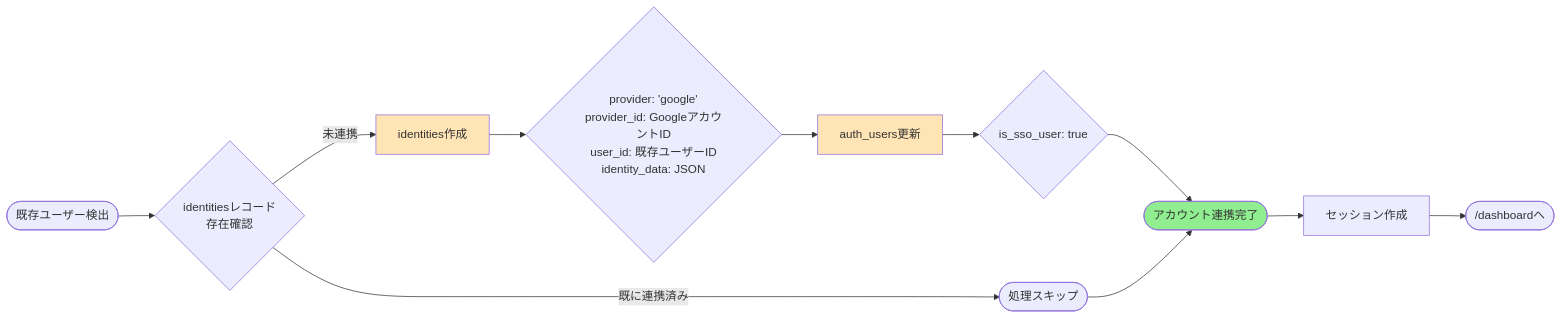
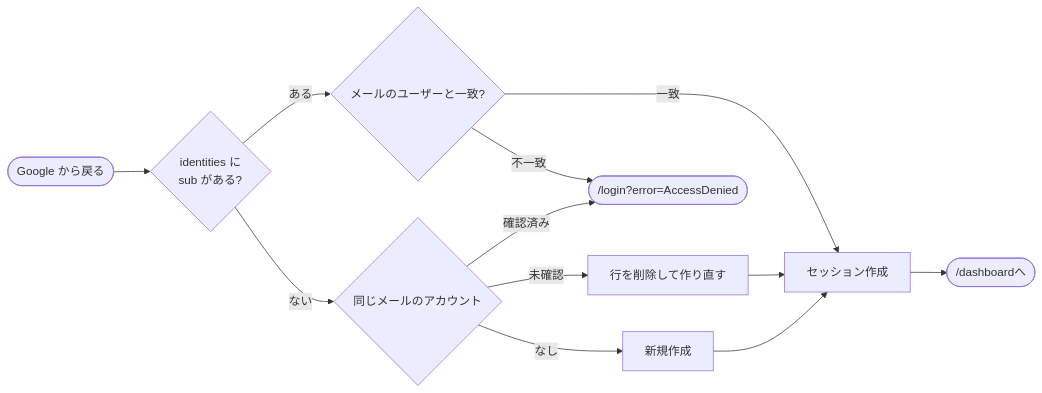
Before and after one commit to kazumadev619-dev/FishingConditionsApp: the eighth of 11 diagrams in docs/reference/authentication-diagrams.md, drawn with Mermaid. The commit also changed other lines of this file and 26 other files, not shown here.

````diff
--- a/docs/reference/authentication-diagrams.md
+++ b/docs/reference/authentication-diagrams.md
@@ -387,22 +356,17 @@
 ```mermaid
 flowchart LR
-    Start([既存ユーザー検出]) --> Check1{identitiesレコード<br/>存在確認}
+    Start([Google から戻る]) --> Check1{identities に<br/>sub がある?}
 
-    Check1 -->|既に連携済み| Skip([処理スキップ])
-    Check1 -->|未連携| Step1[identities作成]
+    Check1 -->|ある| Match{メールのユーザーと一致?}
+    Match -->|一致| Session[セッション作成]
+    Match -->|不一致| Denied([/login?error=AccessDenied])
 
-    Step1 --> Step1Details{provider: 'google'<br/>provider_id: GoogleアカウントID<br/>user_id: 既存ユーザーID<br/>identity_data: JSON}
+    Check1 -->|ない| Check2{同じメールのアカウント}
+    Check2 -->|確認済み| Denied
+    Check2 -->|未確認| Replace[行を削除して作り直す]
+    Check2 -->|なし| Create[新規作成]
 
-    Step1Details --> Step2[auth_users更新]
-    Step2 --> Step2Details{is_sso_user: true}
-
-    Step2Details --> Success([アカウント連携完了])
-    Skip --> Success
-
-    Success --> SessionCreate[セッション作成]
-    SessionCreate --> Dashboard([/dashboardへ])
-
-    style Step1 fill:#FFE4B5
-    style Step2 fill:#FFE4B5
-    style Success fill:#90EE90
+    Replace --> Session
+    Create --> Session
+    Session --> Dashboard([/dashboardへ])
 ```
````
